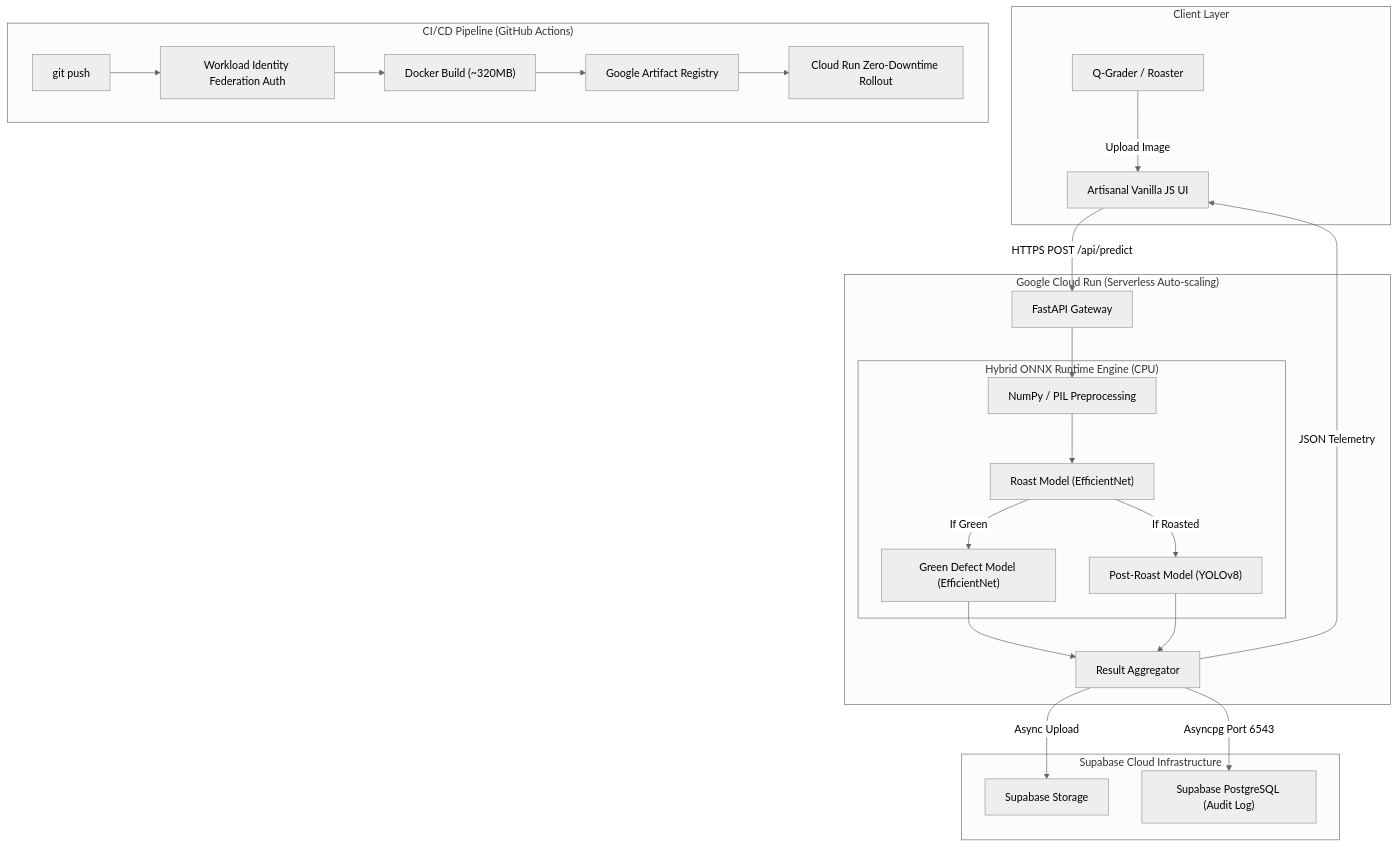
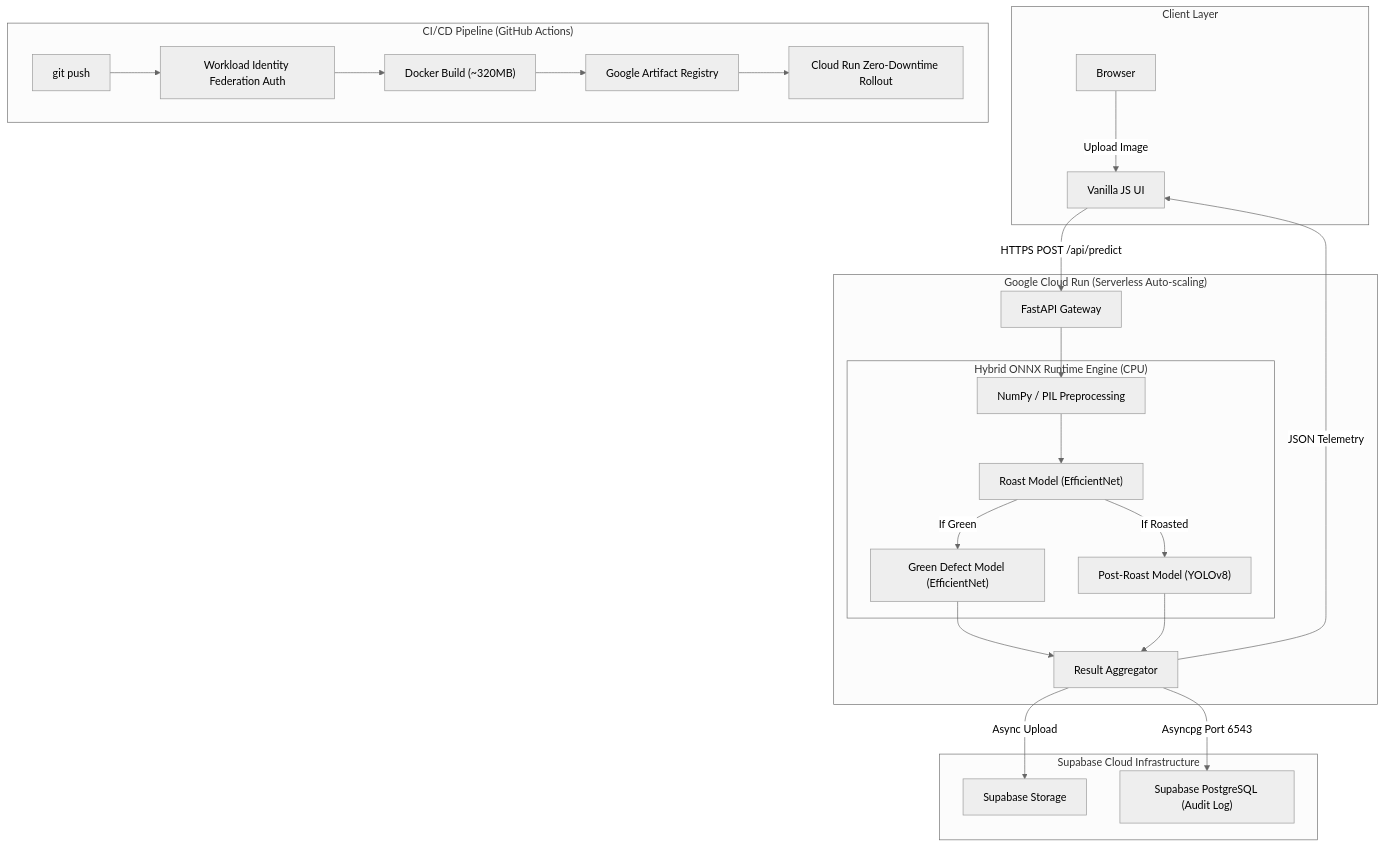
One commit to anoopsachdev/BeanSight changed the diagram in README.md. Above: the diagram before and after it, drawn with Mermaid (neutral theme). The commit also changed other lines of this file and 1 other file, not shown here.

````diff
--- a/README.md
+++ b/README.md
@@ -70,36 +77,36 @@
 ```mermaid
 flowchart TD
     subgraph Client ["Client Layer"]
-    User["Q-Grader / Roaster"] -->|Upload Image| SPA["Artisanal Vanilla JS UI"]
+    User["Browser"] -->|Upload Image| SPA["Vanilla JS UI"]
     end
 
     subgraph CloudRun ["Google Cloud Run (Serverless Auto-scaling)"]
         SPA -->|HTTPS POST /api/predict| FastAPIServer["FastAPI Gateway"]
         
         FastAPIServer --> Preprocess["NumPy / PIL Preprocessing"]
 
         subgraph ONNXEngine ["Hybrid ONNX Runtime Engine (CPU)"]
             Preprocess --> ONNX_Roast["Roast Model (EfficientNet)"]
             
             ONNX_Roast -->|If Green| ONNX_Defect["Green Defect Model (EfficientNet)"]
             ONNX_Roast -->|If Roasted| ONNX_YOLO["Post-Roast Model (YOLOv8)"]
         end
 
         ONNX_Defect --> ResultMerge["Result Aggregator"]
         ONNX_YOLO --> ResultMerge
     end
 
     subgraph Persistence ["Supabase Cloud Infrastructure"]
         ResultMerge -->|Async Upload| S3Bucket["Supabase Storage"]
         ResultMerge -->|Asyncpg Port 6543| Postgres["Supabase PostgreSQL (Audit Log)"]
     end
 
     ResultMerge -->|JSON Telemetry| SPA
 
     subgraph CICD ["CI/CD Pipeline (GitHub Actions)"]
         GitPush["git push"] --> WIF["Workload Identity Federation Auth"]
         WIF --> DockerBuild["Docker Build (~320MB)"]
         DockerBuild --> GAR["Google Artifact Registry"]
         GAR --> AutoDeploy["Cloud Run Zero-Downtime Rollout"]
     end
 ```
````
